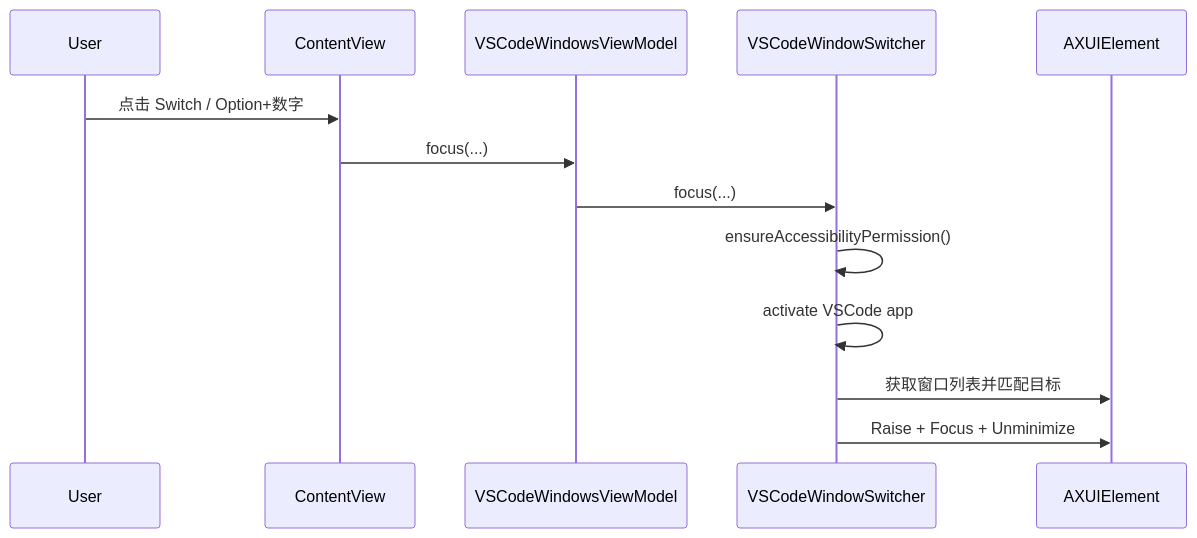
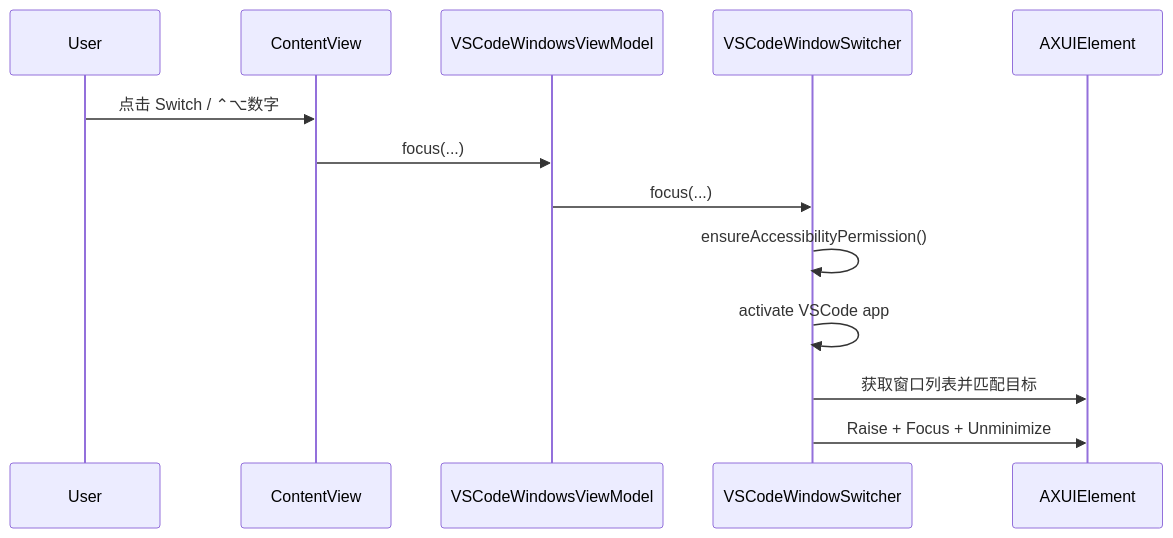
One commit to freespace8/VSCode-Switcher changed the second of 2 diagrams in helloagents/wiki/arch.md. Above: the diagram before and after it, drawn with Mermaid. The commit also changed 5 other files, not shown here.

````diff
--- a/helloagents/wiki/arch.md
+++ b/helloagents/wiki/arch.md
@@ -22,16 +22,16 @@
 ```mermaid
 sequenceDiagram
     participant U as User
     participant UI as ContentView
     participant VM as VSCodeWindowsViewModel
     participant SW as VSCodeWindowSwitcher
     participant AX as AXUIElement
 
-    U->>UI: 点击 Switch / Option+数字
+    U->>UI: 点击 Switch / ⌃⌥数字
     UI->>VM: focus(...)
     VM->>SW: focus(...)
     SW->>SW: ensureAccessibilityPermission()
     SW->>SW: activate VSCode app
     SW->>AX: 获取窗口列表并匹配目标
     SW->>AX: Raise + Focus + Unminimize
 ```
````
